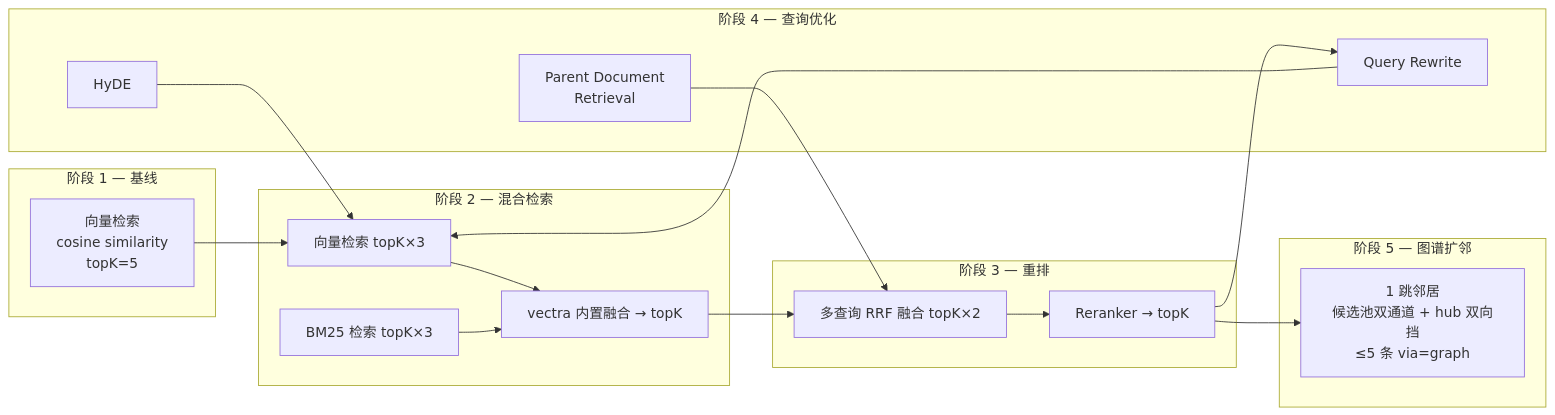
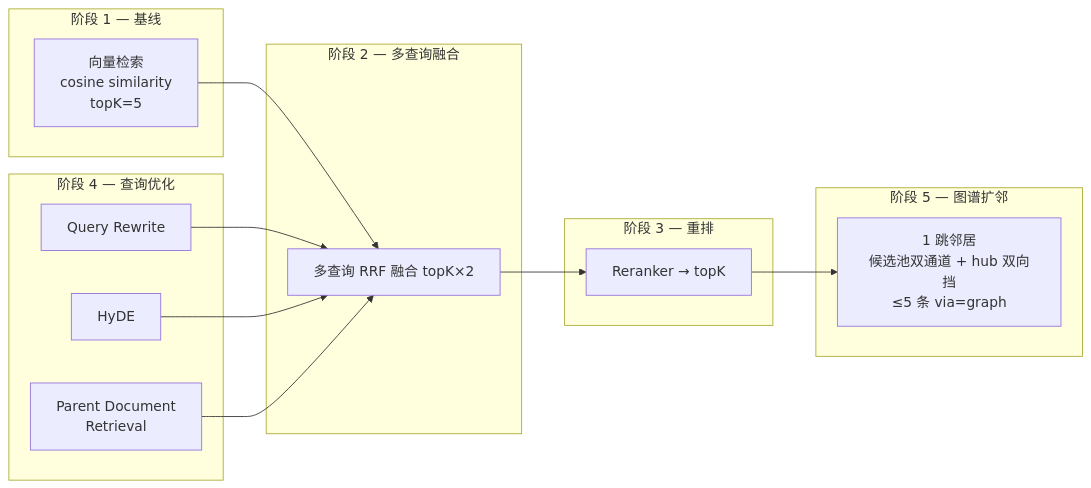
One commit to golddream-y/obsidian-ratel changed the fourth of 4 diagrams in docs/architecture/rag/retriever.md. Above: the diagram before and after it, drawn with Mermaid. The commit also changed other lines of this file and 10 other files, not shown here.

````diff
--- a/docs/architecture/rag/retriever.md
+++ b/docs/architecture/rag/retriever.md
@@ -223,38 +208,31 @@
 ```mermaid
 graph LR
     subgraph "阶段 1 — 基线"
         V["向量检索<br/>cosine similarity<br/>topK=5"]
     end
 
-    subgraph "阶段 2 — 混合检索"
-        V2["向量检索 topK×3"]
-        B["BM25 检索 topK×3"]
-        R["vectra 内置融合 → topK"]
-        V2 --> R
-        B --> R
+    subgraph "阶段 2 — 多查询融合"
+        R2["多查询 RRF 融合 topK×2"]
     end
 
     subgraph "阶段 3 — 重排"
-        R2["多查询 RRF 融合 topK×2"]
         RR["Reranker → topK"]
-        R2 --> RR
     end
 
     subgraph "阶段 4 — 查询优化"
         Q["Query Rewrite"]
         H["HyDE"]
         P["Parent Document<br/>Retrieval"]
-        Q --> V2
-        H --> V2
-        P --> R2
     end
 
     subgraph "阶段 5 — 图谱扩邻"
         GE["1 跳邻居<br/>候选池双通道 + hub 双向挡<br/>≤5 条 via=graph"]
     end
 
-    V --> V2
-    R --> R2
-    RR --> Q
+    V --> R2
+    Q --> R2
+    H --> R2
+    P --> R2
+    R2 --> RR
     RR --> GE
 ```
````
